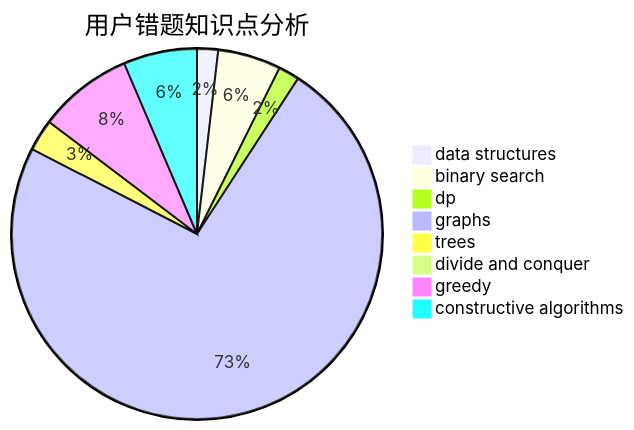
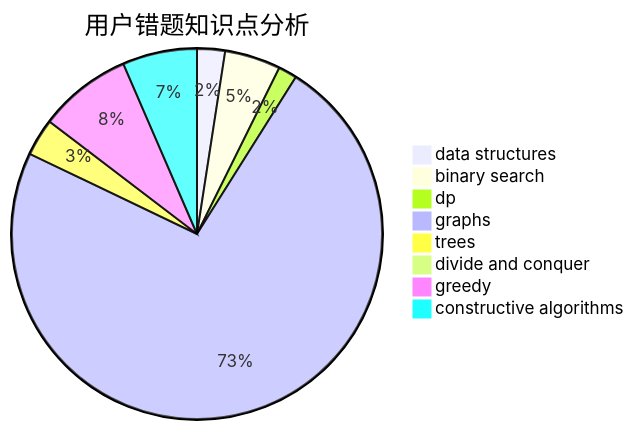
The third of 3 diagrams in docs/user/u1615.md (sherpahu/cfrs.github.io), drawn with Mermaid before and after one commit. The commit also changed other lines of this file and 2770 other files, not shown here.

````diff
--- a/docs/user/u1615.md
+++ b/docs/user/u1615.md
@@ -36,11 +36,11 @@
 ```mermaid
 pie title 用户错题知识点分析
-    "data structures" :  2
+    "data structures" :  3
     "binary search" :  6
     "dp" :  2
-    "graphs" :  80
-    "trees" :  3
+    "graphs" :  90
+    "trees" :  4
     "divide and conquer" :  0
-    "greedy" :  9
-    "constructive algorithms" :  7
+    "greedy" :  10
+    "constructive algorithms" :  8
 ```
````
